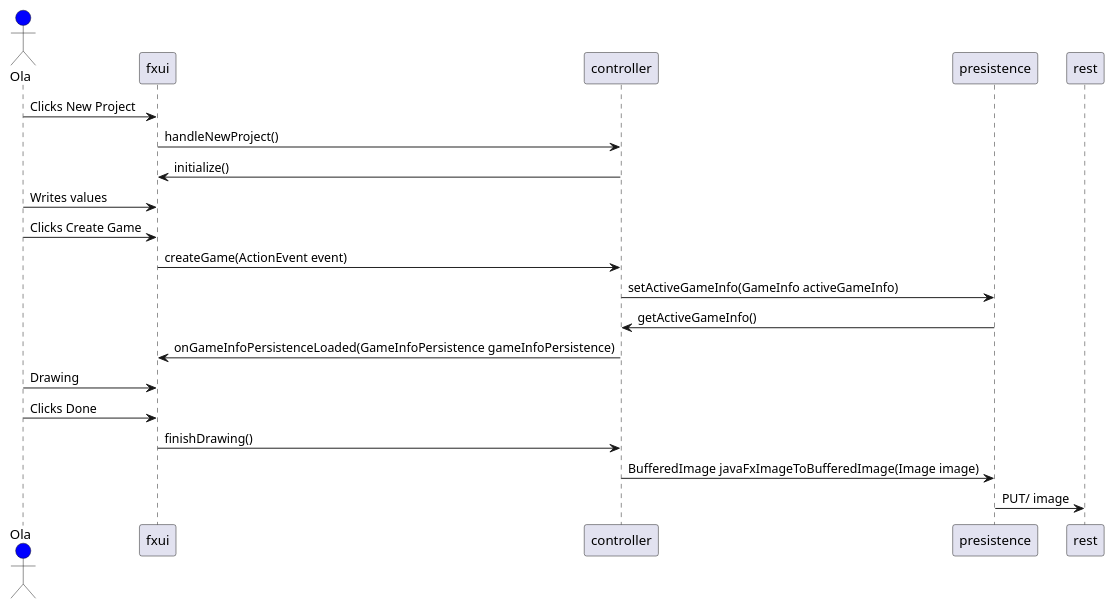
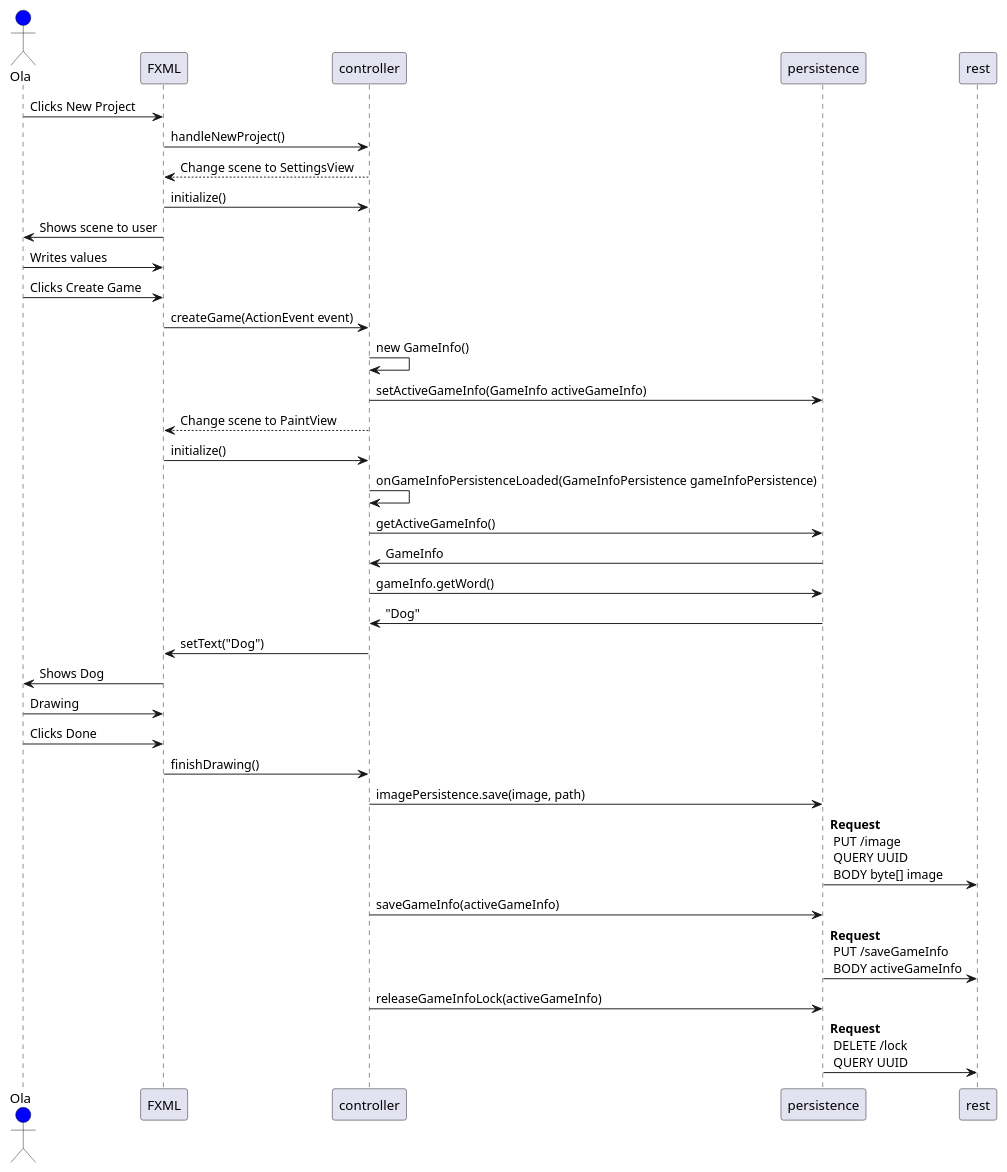
Before and after one commit to erlenelo/NotPaint: the diagram in notpaint/sequence2.puml, drawn with PlantUML. The commit also changed 2 other files, not shown here.

Commit message:
Edited the sequence diagrams

```diff
--- a/notpaint/sequence2.puml
+++ b/notpaint/sequence2.puml
@@ -1,19 +1,33 @@
 @startuml sequence Ola
 
 actor Ola #Blue
 
-Ola -> fxui: Clicks New Project
-fxui -> controller: handleNewProject()
-controller -> fxui: initialize()
-Ola -> fxui: Writes values
-Ola -> fxui: Clicks Create Game
-fxui -> controller: createGame(ActionEvent event)
-controller -> presistence: setActiveGameInfo(GameInfo activeGameInfo)
-presistence -> controller: getActiveGameInfo()
-controller -> fxui: onGameInfoPersistenceLoaded(GameInfoPersistence gameInfoPersistence)
-Ola -> fxui: Drawing
-Ola -> fxui: Clicks Done
-fxui -> controller: finishDrawing()
-controller -> presistence: BufferedImage javaFxImageToBufferedImage(Image image)
-presistence -> rest: PUT/ image
+Ola -> FXML: Clicks New Project
+FXML -> controller: handleNewProject()
+controller --> FXML: Change scene to SettingsView
+FXML -> controller:  initialize()
+FXML -> Ola: Shows scene to user
+Ola -> FXML: Writes values
+Ola -> FXML: Clicks Create Game
+FXML -> controller: createGame(ActionEvent event)
+controller -> controller: new GameInfo()
+controller -> persistence: setActiveGameInfo(GameInfo activeGameInfo)
+controller --> FXML: Change scene to PaintView
+FXML -> controller: initialize()
+controller -> controller: onGameInfoPersistenceLoaded(GameInfoPersistence gameInfoPersistence)
+controller -> persistence: getActiveGameInfo()
+persistence -> controller: GameInfo
+controller -> persistence: gameInfo.getWord()
+persistence -> controller: "Dog"
+controller -> FXML: setText("Dog")
+FXML -> Ola: Shows Dog
+Ola -> FXML: Drawing
+Ola -> FXML: Clicks Done
+FXML -> controller: finishDrawing()
+controller -> persistence: imagePersistence.save(image, path)
+persistence -> rest: **Request** \n PUT /image \n QUERY UUID \n BODY byte[] image
+controller -> persistence: saveGameInfo(activeGameInfo)
+persistence -> rest: **Request** \n PUT /saveGameInfo \n BODY activeGameInfo
+controller -> persistence: releaseGameInfoLock(activeGameInfo)
+persistence -> rest: **Request** \n DELETE /lock \n QUERY UUID
 @enduml
```
